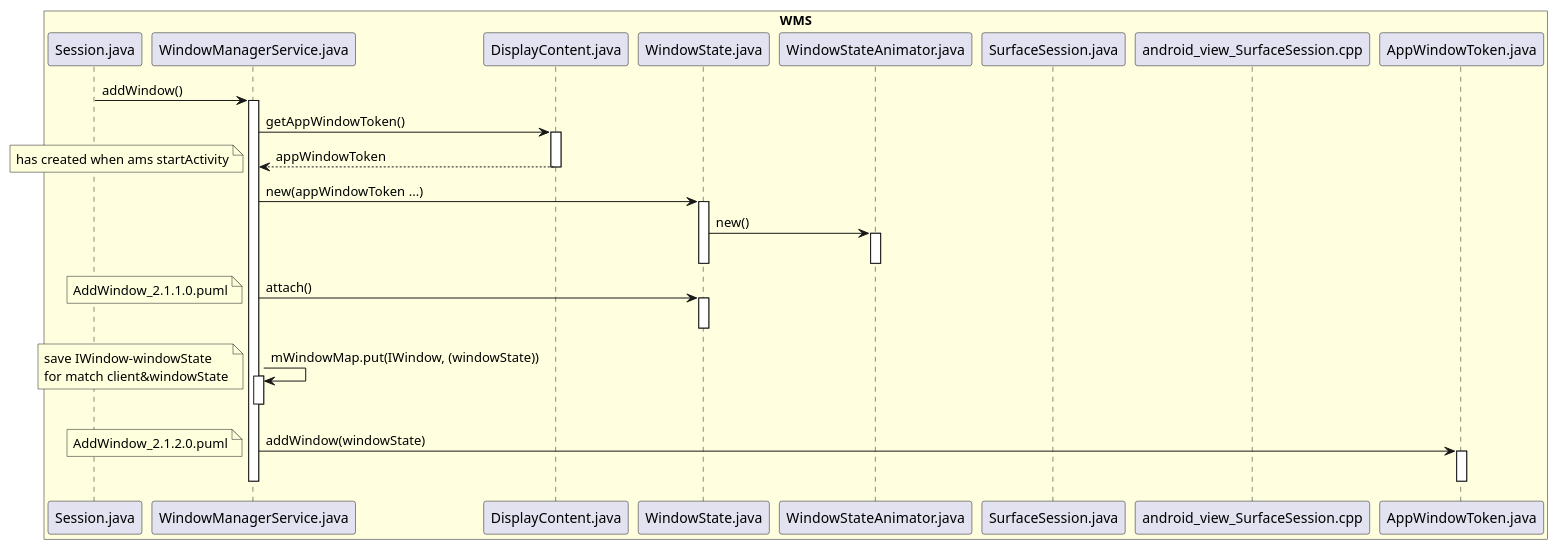
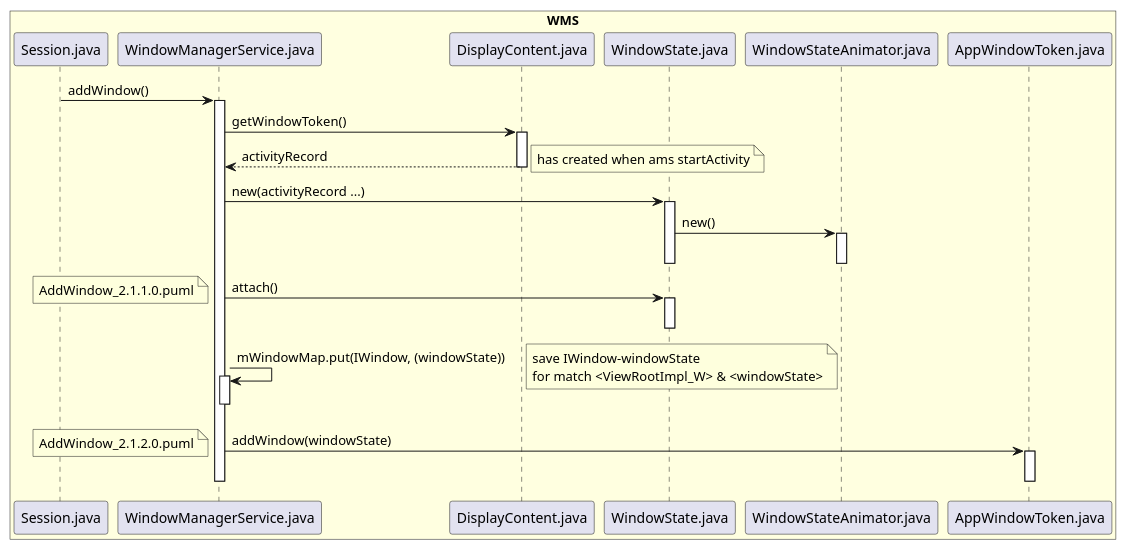
One commit to javalive09/UML changed the diagram in android11/addwindow/AddWindow_2.1.0.0_activity.puml. Above: the diagram before and after it, drawn with PlantUML. The commit also changed 83 other files, not shown here.

Commit message:
update uml

```diff
--- a/android11/addwindow/AddWindow_2.1.0.0_activity.puml
+++ b/android11/addwindow/AddWindow_2.1.0.0_activity.puml
@@ -1,54 +1,52 @@
 @startuml
 
 box "WMS" #LightYellow
 participant Session.java
 participant WindowManagerService.java
 participant DisplayContent.java
 participant WindowState.java
 participant WindowStateAnimator.java
-participant SurfaceSession.java
-participant android_view_SurfaceSession.cpp
 participant AppWindowToken.java
 end box
 
 Session.java -> WindowManagerService.java: addWindow()
 activate WindowManagerService.java
 
 
-WindowManagerService.java -> DisplayContent.java: getAppWindowToken()
+WindowManagerService.java -> DisplayContent.java: getWindowToken()
 activate DisplayContent.java
-DisplayContent.java --> WindowManagerService.java: appWindowToken
+DisplayContent.java --> WindowManagerService.java: activityRecord
 deactivate DisplayContent.java
-note left: has created when ams startActivity
-WindowManagerService.java -> WindowState.java: new(appWindowToken ...)
+note right: has created when ams startActivity
+WindowManagerService.java -> WindowState.java: new(activityRecord ...)
 activate WindowState.java
 WindowState.java -> WindowStateAnimator.java: new()
 activate WindowStateAnimator.java
 deactivate WindowStateAnimator.java
 
 
 deactivate WindowState.java
 
 WindowManagerService.java -> WindowState.java: attach()
 activate WindowState.java
 deactivate WindowState.java
 note left:AddWindow_2.1.1.0.puml
 
 WindowManagerService.java -> WindowManagerService.java: mWindowMap.put(IWindow, (windowState))
 activate WindowManagerService.java
 deactivate WindowManagerService.java
-note left
+note right
 save IWindow-windowState
-for match client&windowState
+for match <ViewRootImpl_W> & <windowState>
 end note
 
 
 WindowManagerService.java -> AppWindowToken.java: addWindow(windowState)
 activate AppWindowToken.java
 deactivate AppWindowToken.java
 deactivate WindowManagerService.java
 note left:AddWindow_2.1.2.0.puml
 
 
 
 @enduml
```
